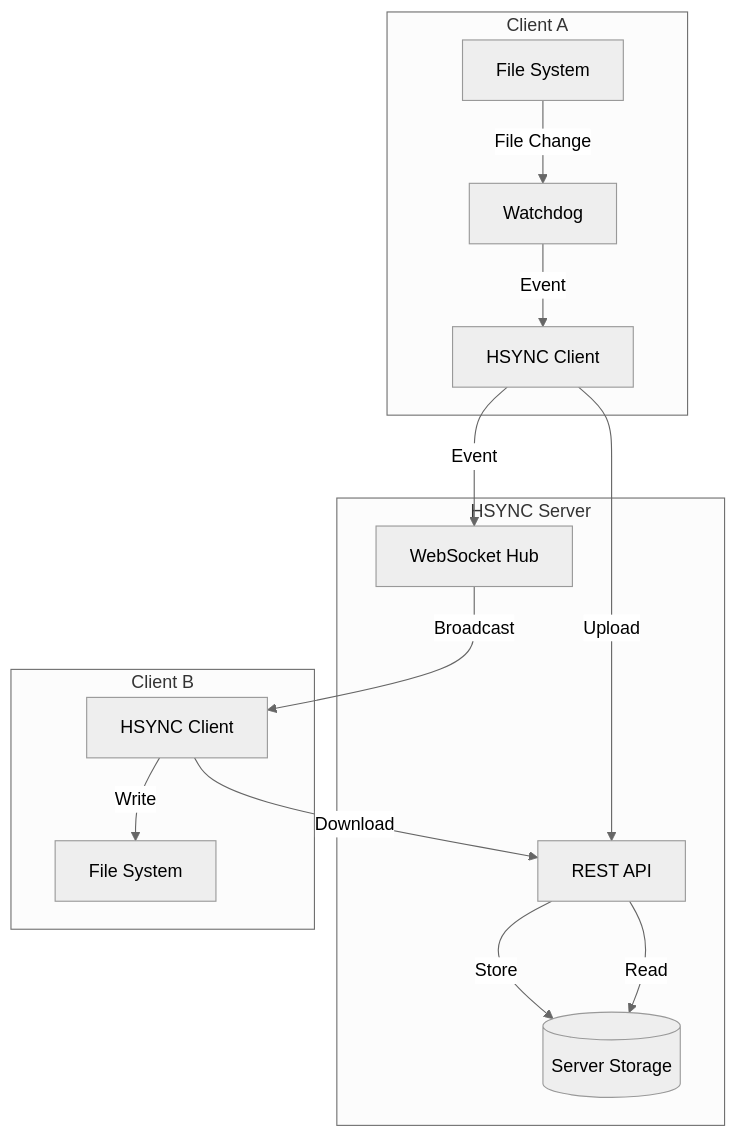
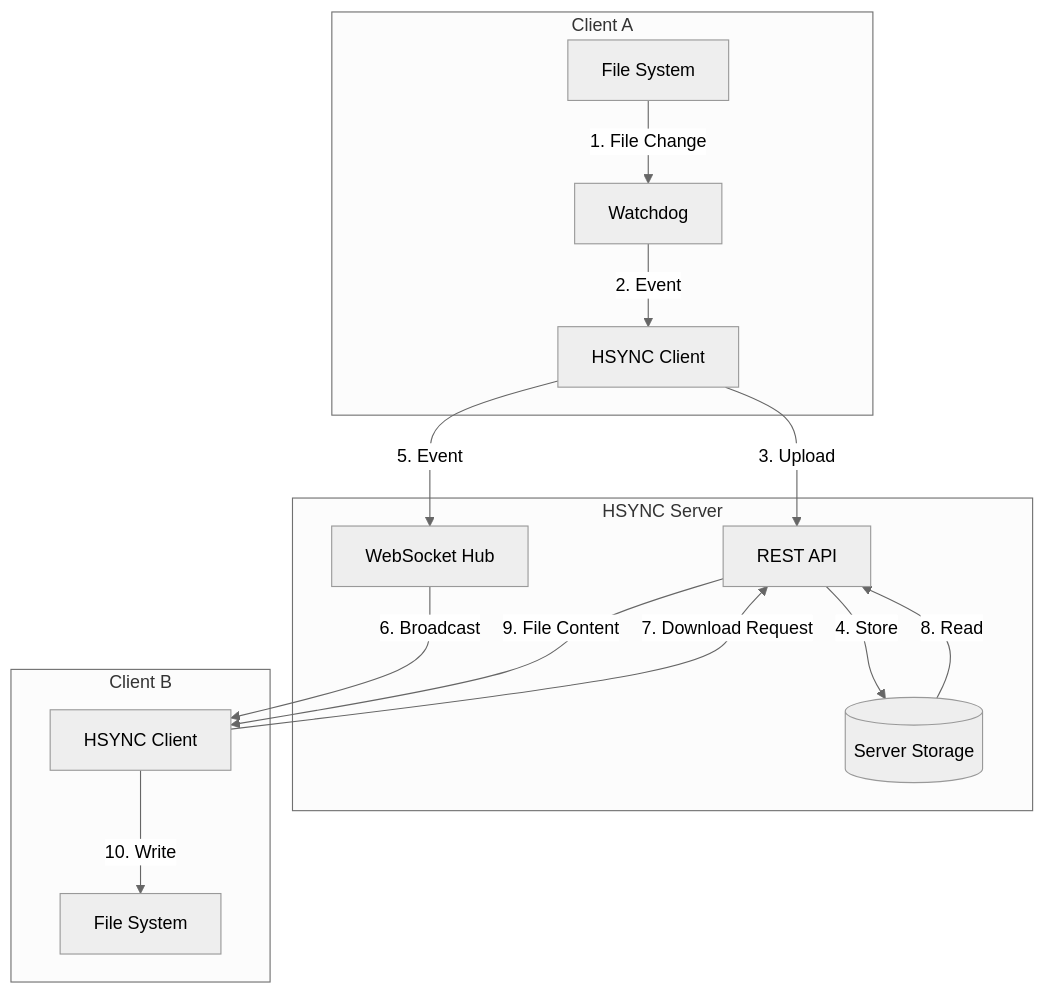
One commit to albertsdk/hsync-server changed the first of 7 diagrams in docs/sync-flow.md. Above: the diagram before and after it, drawn with Mermaid (neutral theme). The commit also changed 2 other files, not shown here.

Commit message:
Fix sync-flow diagram: correct arrow directions and add step numbering

````diff
--- a/docs/sync-flow.md
+++ b/docs/sync-flow.md
@@ -11,29 +11,30 @@
 ```mermaid
 graph TB
     subgraph "Client A"
         FSA[File System]
         WDA[Watchdog]
         CA[HSYNC Client]
     end
-    
+
     subgraph "HSYNC Server"
         REST[REST API]
         WS[WebSocket Hub]
         FSS[(Server Storage)]
     end
-    
+
     subgraph "Client B"
         CB[HSYNC Client]
         FSB[File System]
     end
 
-    FSA -->|File Change| WDA
-    WDA -->|Event| CA
-    CA -->|Upload| REST
-    REST -->|Store| FSS
-    CA -->|Event| WS
-    WS -->|Broadcast| CB
-    CB -->|Download| REST
-    REST -->|Read| FSS
-    CB -->|Write| FSB
+    FSA -->|1. File Change| WDA
+    WDA -->|2. Event| CA
+    CA -->|3. Upload| REST
+    REST -->|4. Store| FSS
+    CA -->|5. Event| WS
+    WS -->|6. Broadcast| CB
+    CB -->|7. Download Request| REST
+    FSS -->|8. Read| REST
+    REST -->|9. File Content| CB
+    CB -->|10. Write| FSB
 ```
````
